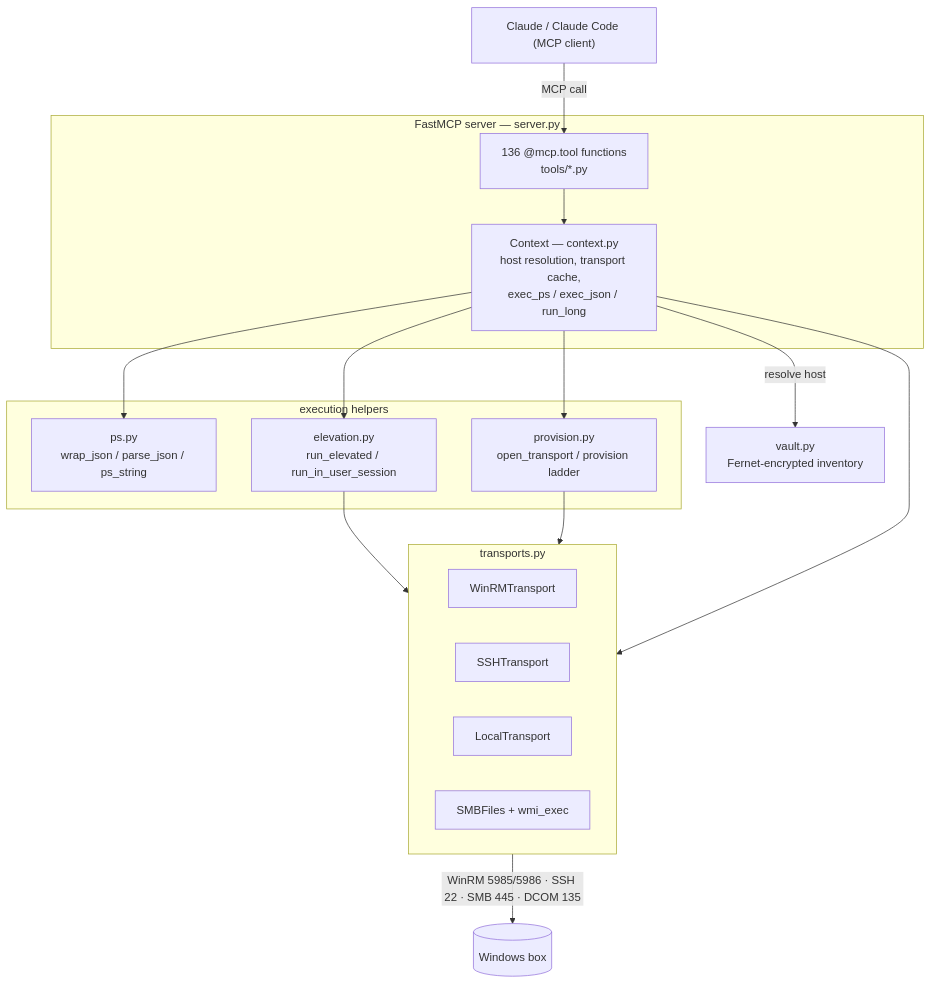
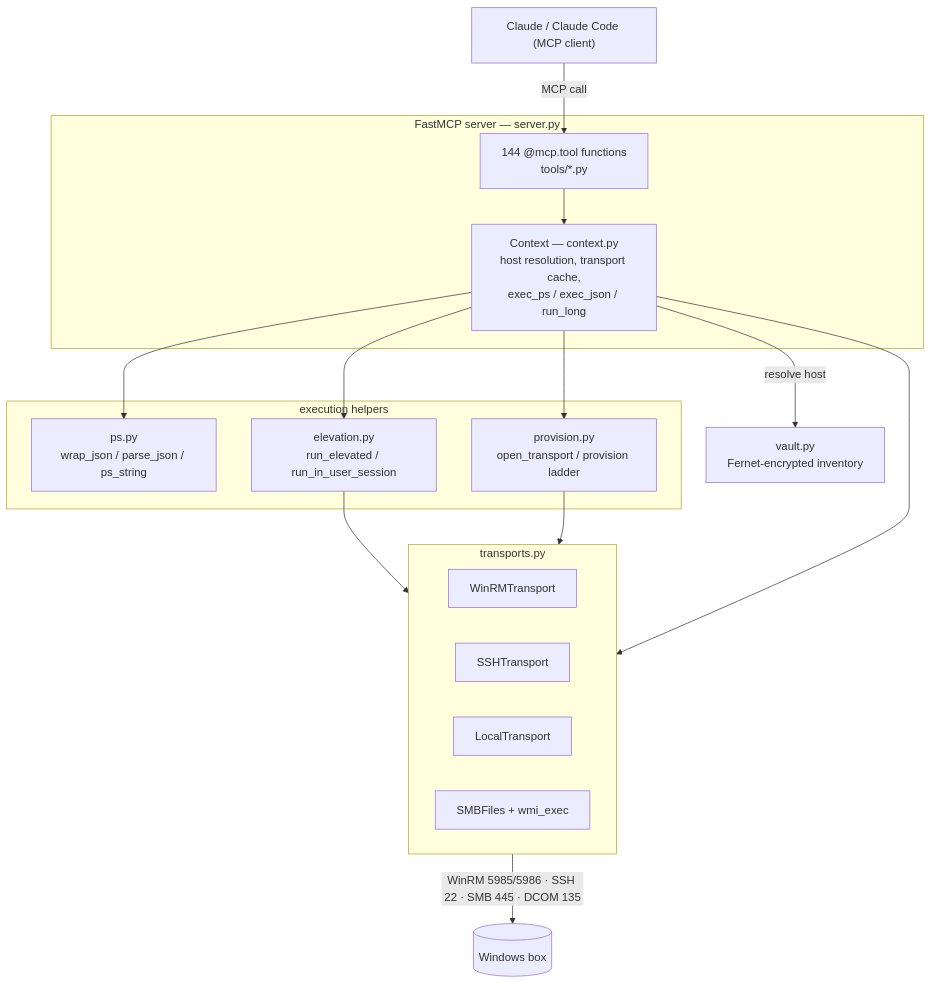
The first of 2 diagrams in docs/ARCHITECTURE.md (emog33k/winrdp-mcp), drawn with Mermaid before and after one commit. The commit also changed other lines of this file and 18 other files, not shown here.

````diff
--- a/docs/ARCHITECTURE.md
+++ b/docs/ARCHITECTURE.md
@@ -51,32 +51,32 @@
 ```mermaid
 graph TD
     Claude["Claude / Claude Code (MCP client)"]
     subgraph server["FastMCP server — server.py"]
-        Tools["136 @mcp.tool functions<br/>tools/*.py"]
+        Tools["144 @mcp.tool functions<br/>tools/*.py"]
         Ctx["Context — context.py<br/>host resolution, transport cache,<br/>exec_ps / exec_json / run_long"]
     end
     subgraph exec["execution helpers"]
         PS["ps.py<br/>wrap_json / parse_json / ps_string"]
         Elev["elevation.py<br/>run_elevated / run_in_user_session"]
         Prov["provision.py<br/>open_transport / provision ladder"]
     end
     subgraph transports["transports.py"]
         WinRM["WinRMTransport"]
         SSH["SSHTransport"]
         Local["LocalTransport"]
         SMB["SMBFiles + wmi_exec"]
     end
     Vault["vault.py<br/>Fernet-encrypted inventory"]
     Box[("Windows box")]
 
     Claude -->|MCP call| Tools
     Tools --> Ctx
     Ctx --> PS
     Ctx --> Elev
     Ctx --> Prov
     Ctx -->|resolve host| Vault
     Prov --> transports
     Ctx --> transports
     Elev --> transports
     transports -->|WinRM 5985/5986 · SSH 22 · SMB 445 · DCOM 135| Box
 ```
````
